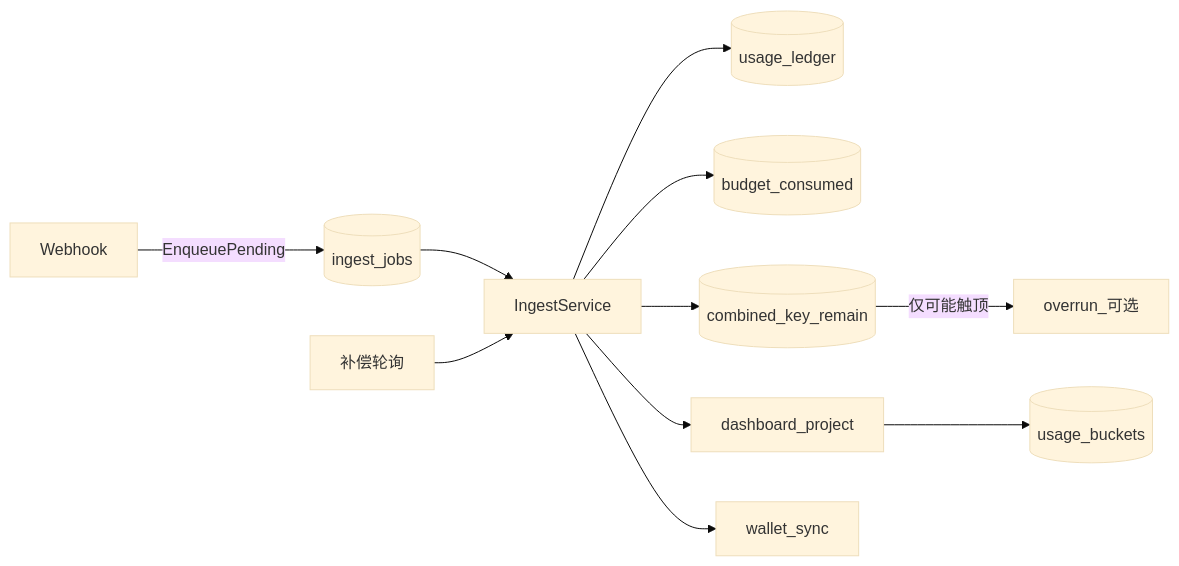
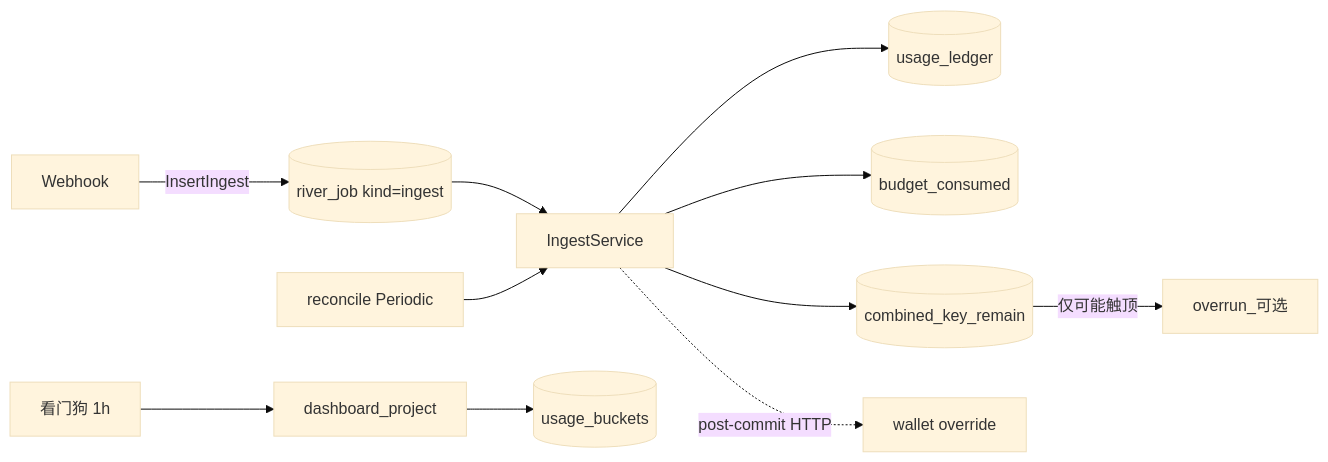
One commit to quyip8818/mytokenjoy changed the third of 10 diagrams in apps/docs/Backend-预算.md. Above: the diagram before and after it, drawn with Mermaid (base theme). The commit also changed other lines of this file and 33 other files, not shown here.

````diff
--- a/apps/docs/Backend-预算.md
+++ b/apps/docs/Backend-预算.md
@@ -105,13 +105,13 @@
 ```mermaid
 flowchart LR
-  WH[Webhook] -->|EnqueuePending| Q[(ingest_jobs)]
-  Q --> ING[IngestService]
-  COMP[补偿轮询] --> ING
+  WH[Webhook] -->|InsertIngest| RJ[(river_job kind=ingest)]
+  RJ --> ING[IngestService]
+  COMP[reconcile Periodic] --> ING
   ING --> UL[(usage_ledger)]
   ING --> BC[(budget_consumed)]
   ING --> CK[(combined_key_remain)]
-  ING --> DP[dashboard_project]
-  ING --> WS[wallet_sync]
+  ING -.->|post-commit HTTP| WS[wallet override]
+  WD[看门狗 1h] --> DP[dashboard_project]
   DP --> UB[(usage_buckets)]
   CK -->|仅可能触顶| OV[overrun_可选]
 ```
````
